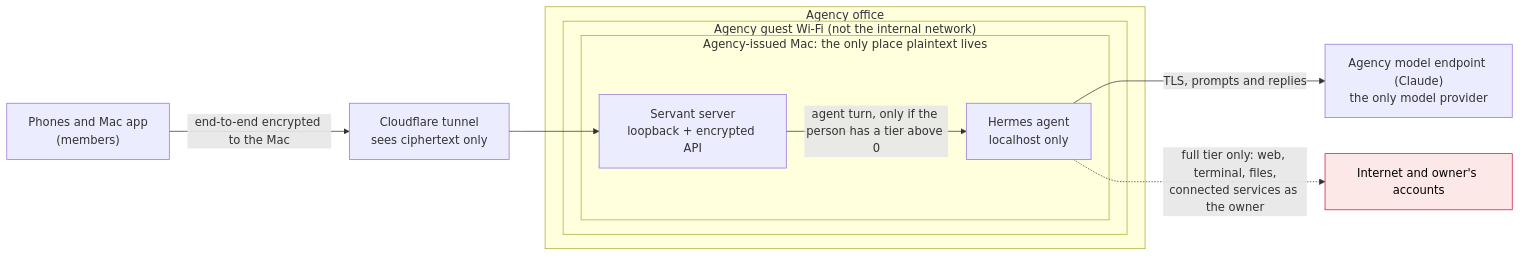
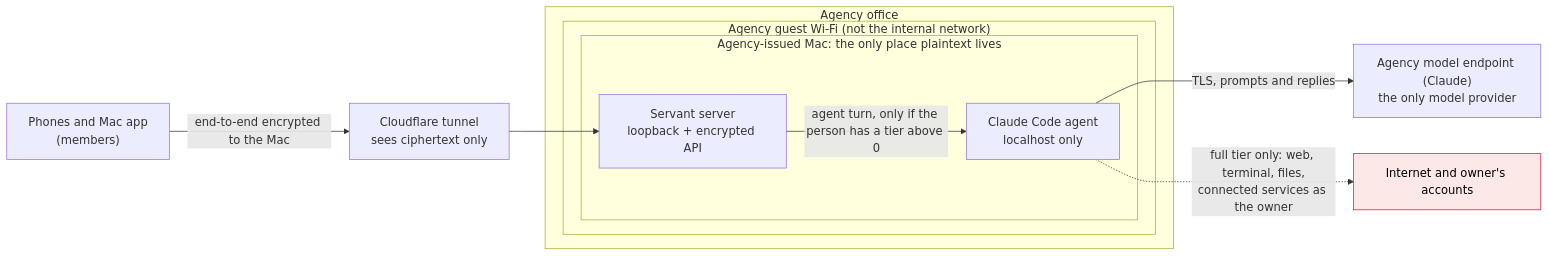
Before and after one commit to slavingia/servant: the diagram in docs/security-architecture/06-deployment-environment.mmd, drawn with Mermaid. The commit also changed 17 other files, not shown here.

Commit message:
Security architecture diagrams: label the agent Claude Code

```diff
--- a/docs/security-architecture/06-deployment-environment.mmd
+++ b/docs/security-architecture/06-deployment-environment.mmd
@@ -1,15 +1,15 @@
 flowchart LR
   subgraph OFF["Agency office"]
     subgraph NET["Agency guest Wi-Fi (not the internal network)"]
       subgraph MAC["Agency-issued Mac: the only place plaintext lives"]
         S["Servant server<br/>loopback + encrypted API"]
-        H["Hermes agent<br/>localhost only"]
+        H["Claude Code agent<br/>localhost only"]
         S -- "agent turn, only if the person has a tier above 0" --> H
       end
     end
   end
   P["Phones and Mac app<br/>(members)"] -- "end-to-end encrypted to the Mac" --> CF["Cloudflare tunnel<br/>sees ciphertext only"] --> S
   H -- "TLS, prompts and replies" --> M["Agency model endpoint (Claude)<br/>the only model provider"]
   H -. "full tier only: web, terminal, files,<br/>connected services as the owner" .-> X["Internet and owner's accounts"]
   classDef risk fill:#fde8e8,stroke:#D11242,color:#000;
   class X risk;
```
